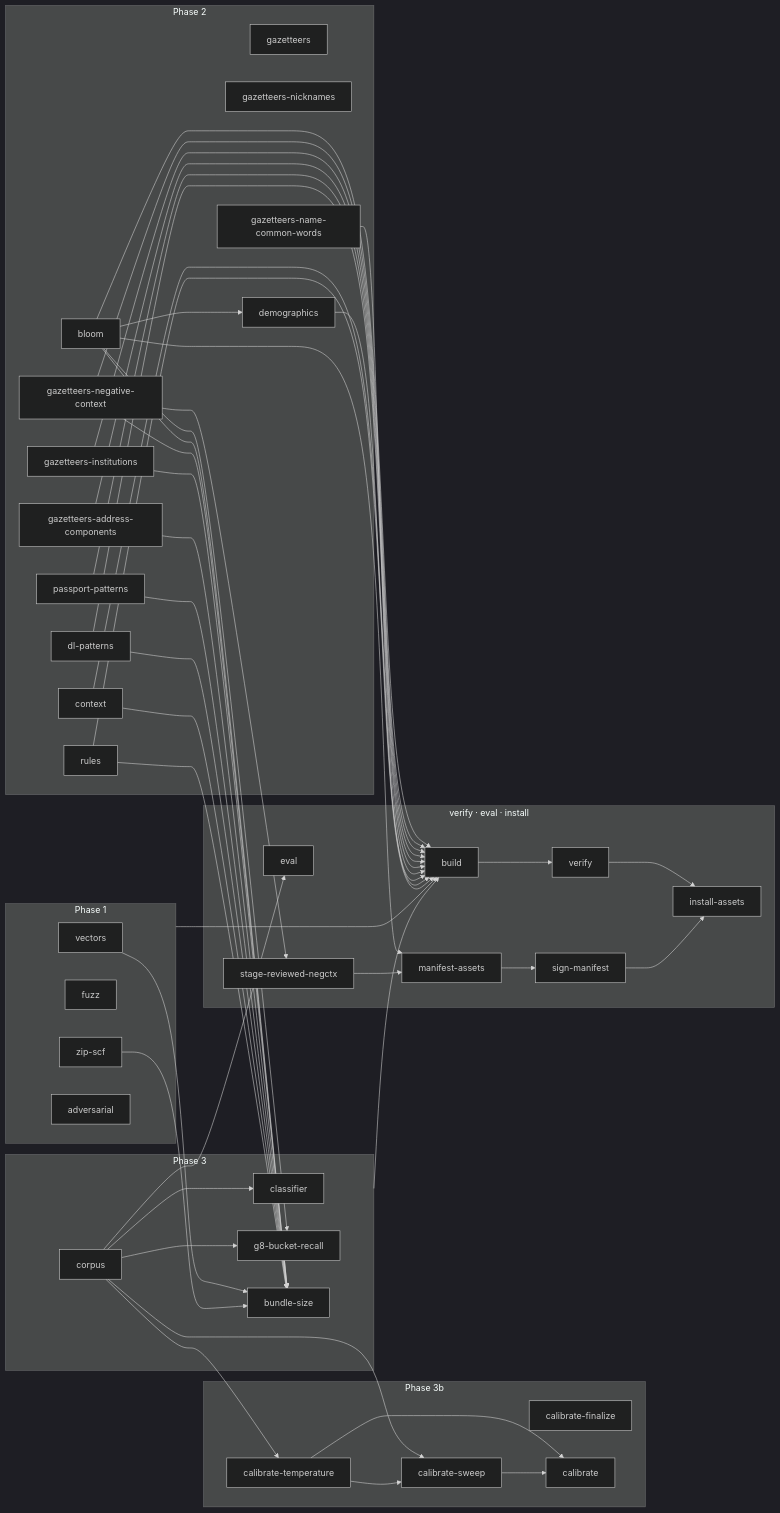
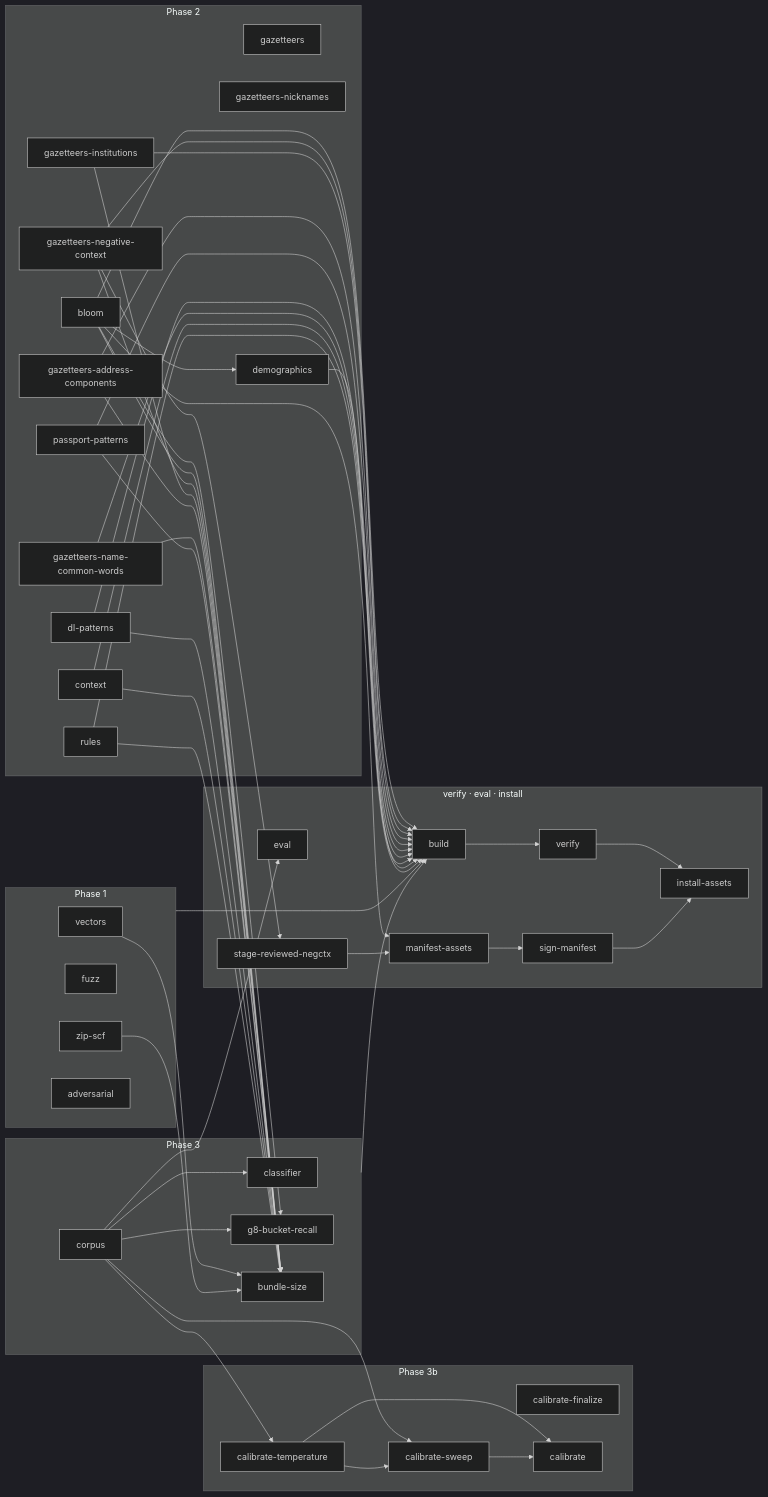
The diagram in README.md (Merlin1A/resecta-datapipeline), drawn with Mermaid (dark theme) before and after one commit. The commit also changed 1 other file, not shown here.

Commit message:
Pipeline: the bundle-size probe depends on every stamp that writes a walked directory
The probe lists every file under context/, gazetteers/, rules/ and vectors/,
but its rule did not depend on gaz-common-words (nor the conditional
nicknames stamp), so a build that reached bundle-size without the rest of
the gazetteers listed one file fewer and no longer matched the lock. The
first run of the bloom-chain job exposed it: the chain built green and
hash-check-built-only failed on the bundle_size.json row alone. The two
stamps join the rule's prerequisites; a full build already had them, so the
probe's bytes do not move (rebuilt identical here). The ETL stage map in the
README is regenerated from the make database.

```diff
--- a/README.md
+++ b/README.md
@@ -246,6 +246,7 @@
   n_gazetteers_negative_context --> n_bundle_size
   n_gazetteers_institutions --> n_bundle_size
   n_gazetteers_address_components --> n_bundle_size
+  n_gazetteers_name_common_words --> n_bundle_size
   n_passport_patterns --> n_bundle_size
   n_dl_patterns --> n_bundle_size
   n_context --> n_bundle_size
```
